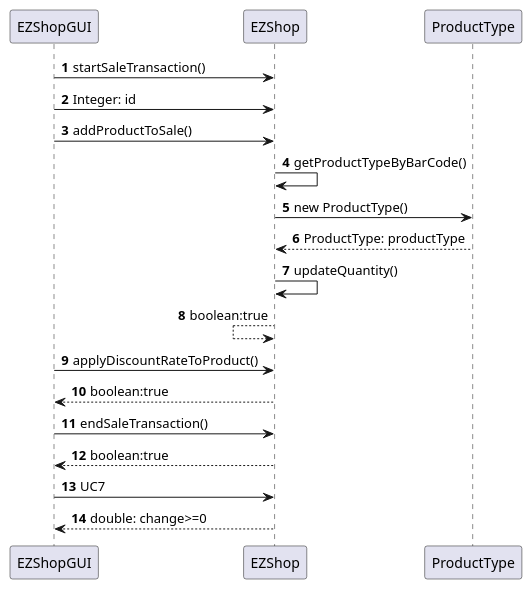
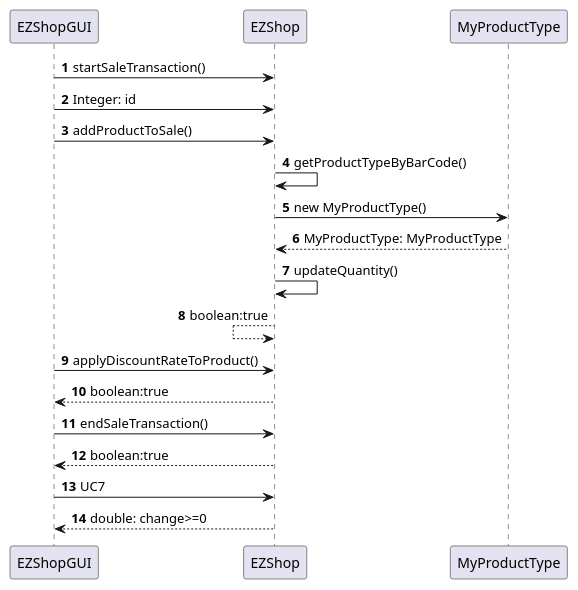
Before and after one commit to mkexc/ezshop: diagram 16 of 22 in Deliverables/DesignDocument.md, drawn with PlantUML. The commit also changed other lines of this file and 160 other files, not shown here.

````diff
--- a/Deliverables/DesignDocument.md
+++ b/Deliverables/DesignDocument.md
@@ -415,19 +407,19 @@
 ```plantuml
 @startuml
 autonumber
 EZShopGUI -> EZShop : startSaleTransaction()
 EZShopGUI -> EZShop : Integer: id
 EZShopGUI -> EZShop : addProductToSale()
 EZShop -> EZShop : getProductTypeByBarCode()
-EZShop -> ProductType : new ProductType()
-EZShop <-- ProductType : ProductType: productType
+EZShop -> MyProductType : new MyProductType()
+EZShop <-- MyProductType : MyProductType: MyProductType
 EZShop -> EZShop : updateQuantity()
 EZShop <-- EZShop : boolean:true
 EZShopGUI -> EZShop : applyDiscountRateToProduct()
 EZShopGUI <-- EZShop : boolean:true
 EZShopGUI -> EZShop : endSaleTransaction()
 EZShopGUI <-- EZShop : boolean:true
 EZShopGUI -> EZShop : UC7
 EZShopGUI <-- EZShop : double: change>=0
 @enduml
 ```
````
